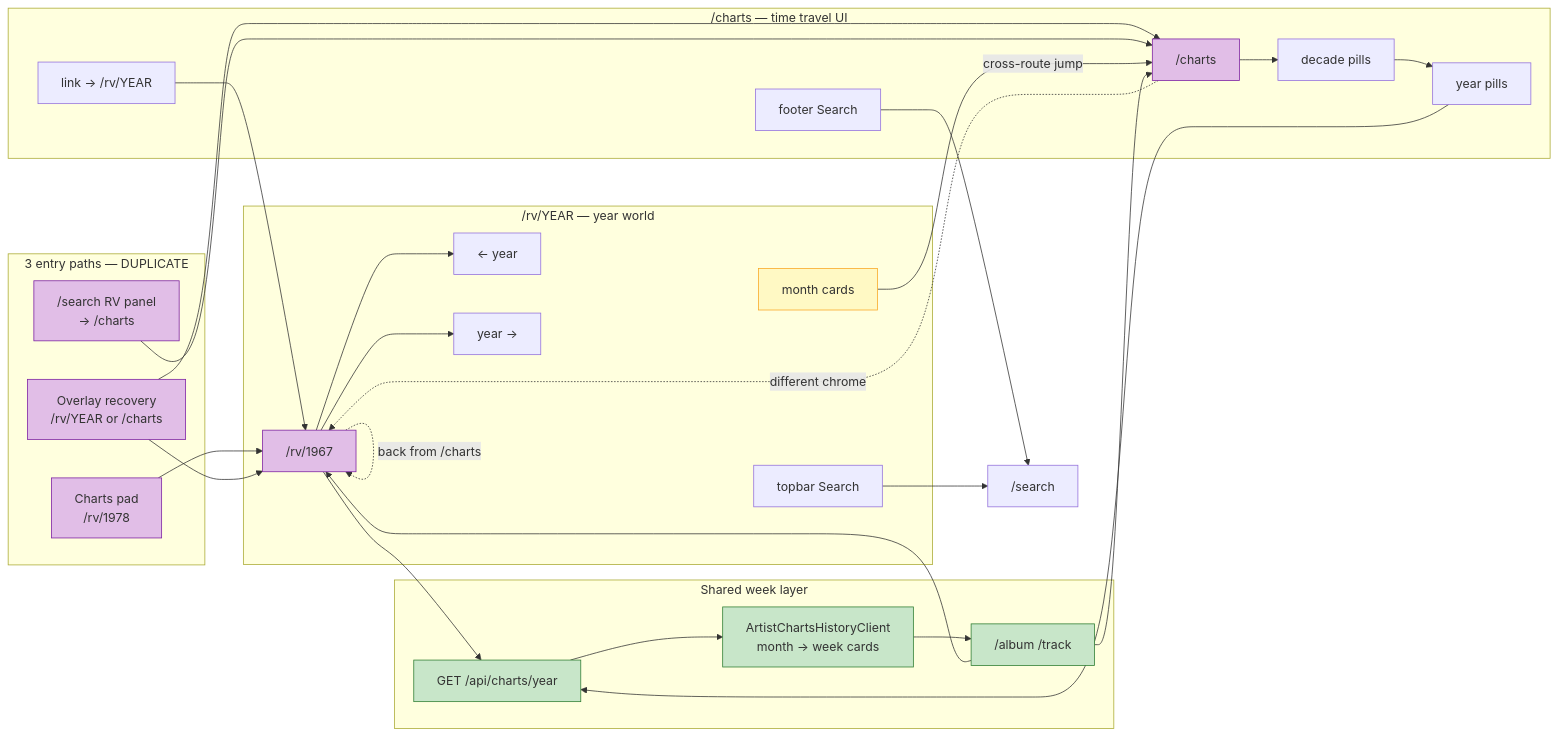
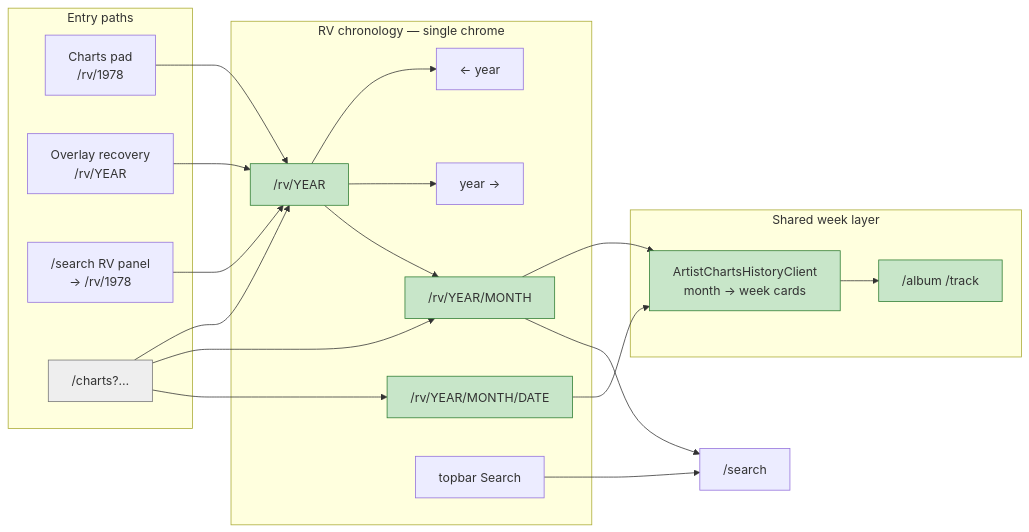
The third of 7 diagrams in docs/PUBLIC_NAVIGATION_FLOWCHART.md (bobhopp-crypto/retroverse-public), drawn with Mermaid before and after one commit. The commit also changed other lines of this file and 22 other files, not shown here.

````diff
--- a/docs/PUBLIC_NAVIGATION_FLOWCHART.md
+++ b/docs/PUBLIC_NAVIGATION_FLOWCHART.md
@@ -185,60 +190,47 @@
 ```mermaid
 flowchart LR
-  subgraph ENTRY["3 entry paths — DUPLICATE"]
+  subgraph ENTRY["Entry paths"]
     E1["Charts pad<br/>/rv/1978"]
-    E2["Overlay recovery<br/>/rv/YEAR or /charts"]
-    E3["/search RV panel<br/>→ /charts"]
+    E2["Overlay recovery<br/>/rv/YEAR"]
+    E3["/search RV panel<br/>→ /rv/1978"]
+    LEG["/charts?…"]
   end
 
-  subgraph RV_SHELL["/rv/YEAR — year world"]
-    RV["/rv/1967"]
+  subgraph RV_SHELL["RV chronology — single chrome"]
+    RV["/rv/YEAR"]
+    RVM["/rv/YEAR/MONTH"]
+    RVW["/rv/YEAR/MONTH/DATE"]
     RV_PREV["← year"]
     RV_NEXT["year →"]
-    RV_MON["month cards"]
     RV_SEARCH["topbar Search"]
   end
 
-  subgraph CHARTS_SHELL["/charts — time travel UI"]
-    CH["/charts"]
-    DEC["decade pills"]
-    YR["year pills"]
-    BRIDGE["link → /rv/YEAR"]
-    CH_SEARCH["footer Search"]
-  end
-
   subgraph SHARED["Shared week layer"]
-    API["GET /api/charts/year"]
     WK["ArtistChartsHistoryClient<br/>month → week cards"]
     ENT["/album /track"]
   end
 
   E1 --> RV
   E2 --> RV
-  E2 --> CH
-  E3 --> CH
+  E3 --> RV
+  LEG --> RV
+  LEG --> RVM
+  LEG --> RVW
 
   RV --> RV_PREV
   RV --> RV_NEXT
-  RV_MON -->|"cross-route jump"| CH
-  CH --> DEC --> YR --> API --> WK
-  RV --> API
+  RV --> RVM
+  RVM --> WK
+  RVW --> WK
   WK --> ENT
-  ENT --> RV
-  ENT --> CH
 
   RV_SEARCH --> SEARCH["/search"]
-  CH_SEARCH --> SEARCH
-  BRIDGE --> RV
-
-  RV -.->|"back from /charts"| RV
-  CH -.->|"different chrome"| RV
+  RVM --> SEARCH
 
   classDef locked fill:#c8e6c9,stroke:#2e7d32
-  classDef fragile fill:#fff9c4,stroke:#f9a825
-  classDef dup fill:#e1bee7,stroke:#7b1fa2
-  classDef weak fill:#ffcdd2,stroke:#c62828
+  classDef legacy fill:#eeeeee,stroke:#757575
 
-  class API,WK,ENT locked
-  class RV,CH,RV_MON fragile
-  class E1,E2,E3,CH,RV dup
+  class WK,ENT locked
+  class RV,RVM,RVW locked
+  class LEG legacy
 ```
````
